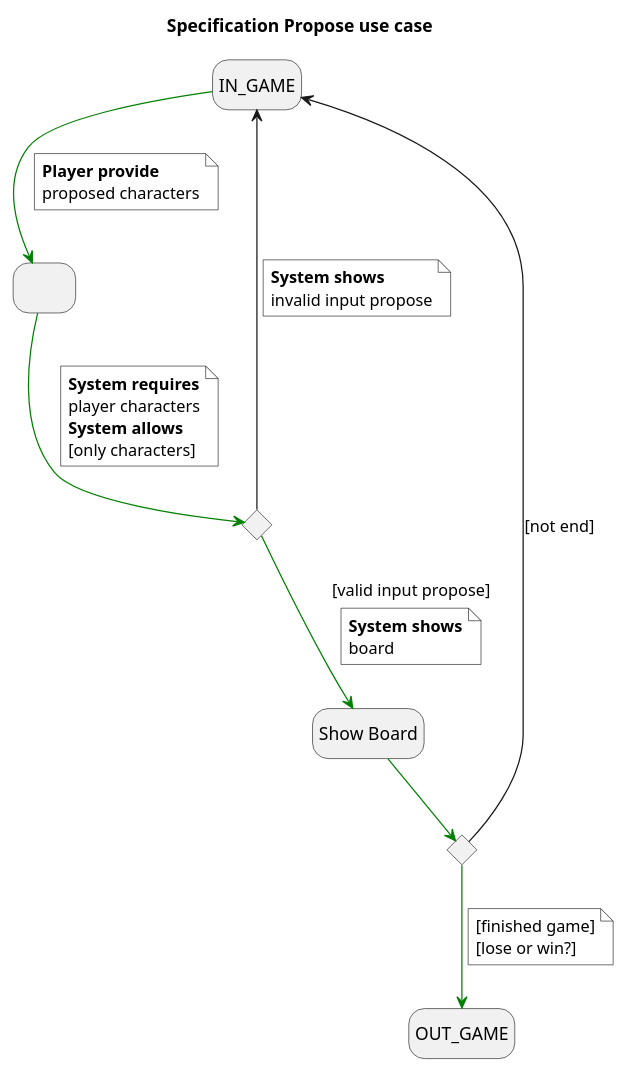
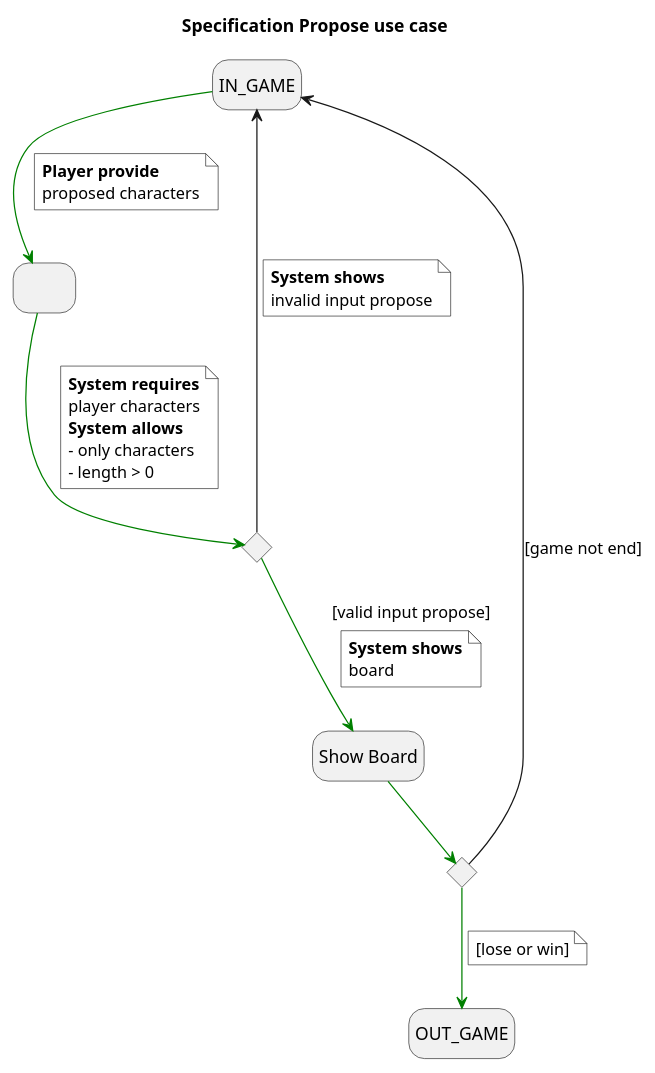
Before and after one commit to jumpering/Hanged: the diagram in requirements/userCase/specificationProposeUseCase.puml, drawn with PlantUML. The commit also changed 3 other files, not shown here.

```diff
--- a/requirements/userCase/specificationProposeUseCase.puml
+++ b/requirements/userCase/specificationProposeUseCase.puml
@@ -1,43 +1,43 @@
 @startuml
 title Specification Propose use case
 skinparam NoteBackgroundColor white
 hide empty description
 state userRequiresCompareWord as " "
 state showBoard as "Show Board"
 state ifValidPropose <<choice>>
 state ifEndGame <<choice>>
 
 IN_GAME -[#green]-> userRequiresCompareWord
 note on link #white
   <b>Player provide
   proposed characters
 end note
 userRequiresCompareWord -[#green]-> ifValidPropose
 note on link #white
   <b>System requires
   player characters
   <b>System allows
-  [only characters]
+  - only characters
+  - length > 0
 end note
 ifValidPropose -[#green]-> showBoard : [valid input propose]
 note on link
   <b>System shows
   board
   end note
 ifValidPropose -up-> IN_GAME
 note on link #white
   <b>System shows
  board
 end note
 note on link #white
   <b>System shows
   invalid input propose
 end note
 showBoard -[#green]-> ifEndGame
-ifEndGame -up-> IN_GAME : [not end]
+ifEndGame -up-> IN_GAME : [game not end]
 ifEndGame -[#green]-> OUT_GAME
 note on link #white
-  [finished game]
-  [lose or win?]
+  [lose or win]
 end note
 @enduml
```
